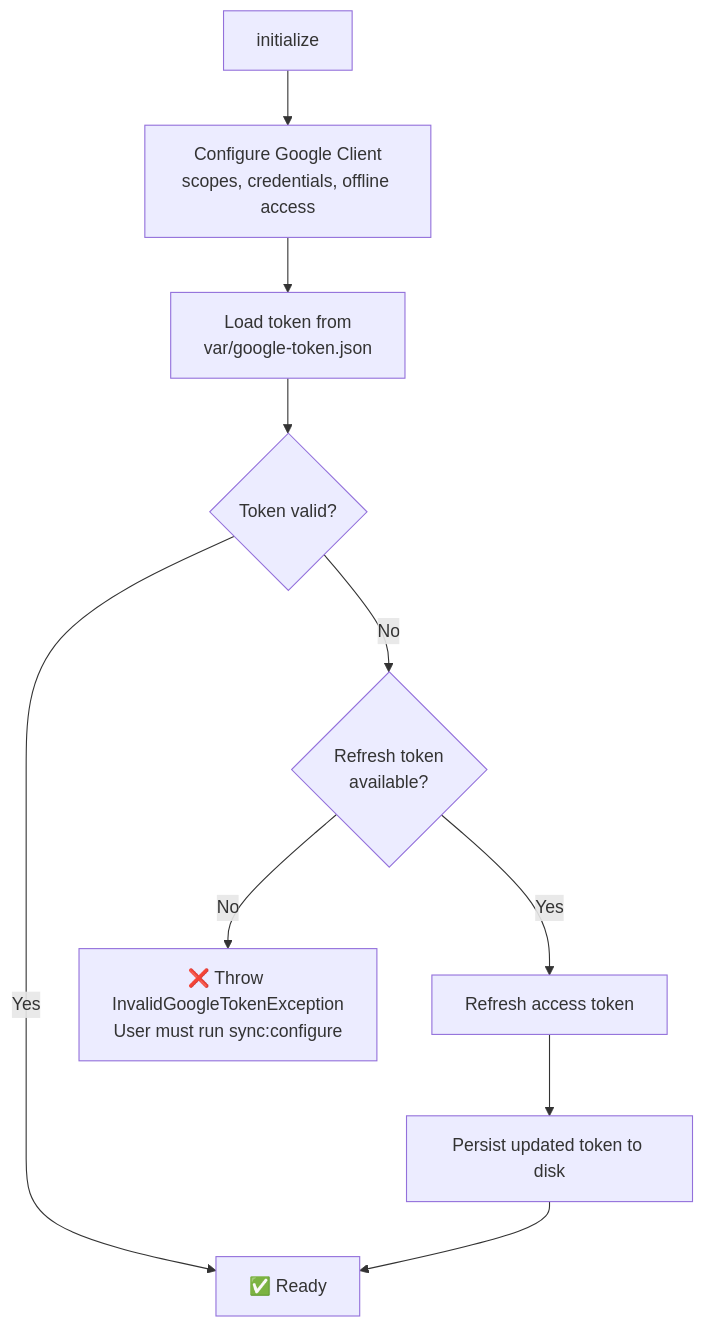
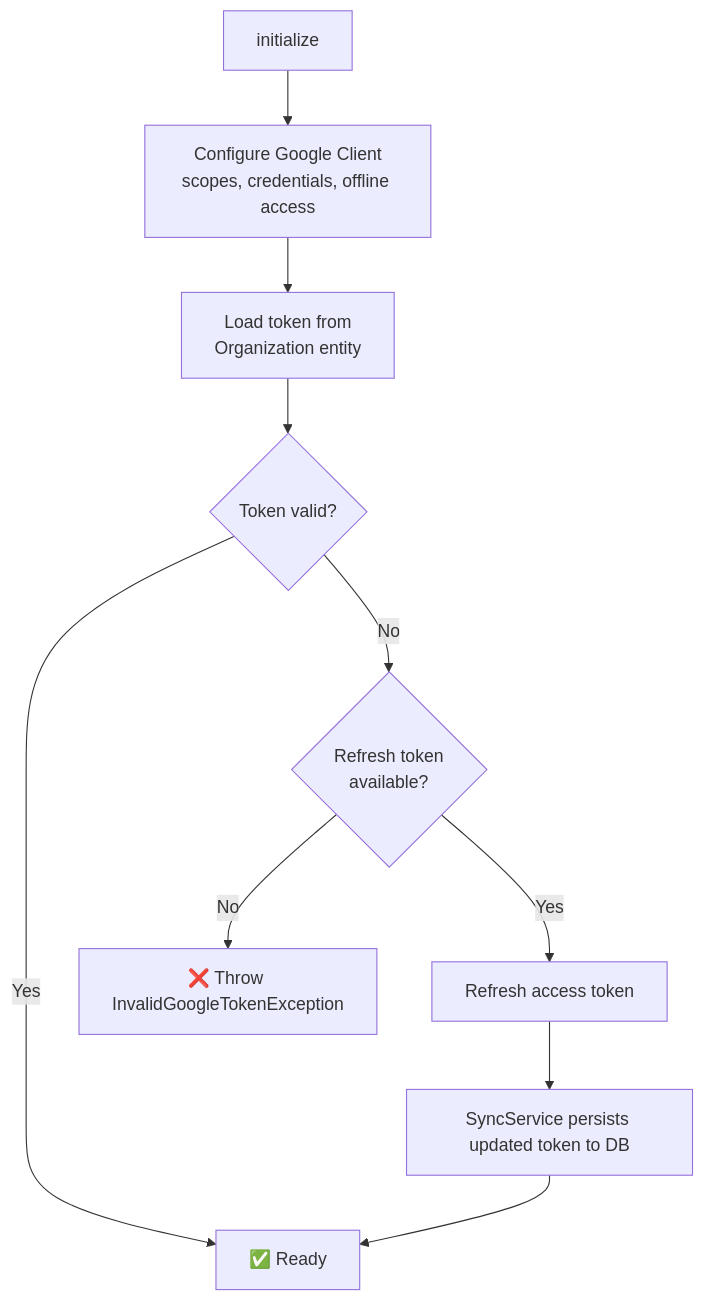
One commit to nrutman/contacts-sync-web changed the diagram in src/Client/Google/README.md. Above: the diagram before and after it, drawn with Mermaid. The commit also changed other lines of this file and 14 other files, not shown here.

````diff
--- a/src/Client/Google/README.md
+++ b/src/Client/Google/README.md
@@ -9,12 +9,12 @@
 ```mermaid
 flowchart TD
     A[initialize] --> B["Configure Google Client<br/>scopes, credentials, offline access"]
-    B --> C["Load token from<br/>var/google-token.json"]
+    B --> C["Load token from<br/>Organization entity"]
     C --> D{Token valid?}
     D -- Yes --> E[✅ Ready]
     D -- No --> F{"Refresh token<br/>available?"}
     F -- Yes --> G[Refresh access token]
-    G --> H[Persist updated token to disk]
+    G --> H[SyncService persists updated token to DB]
     H --> E
-    F -- No --> I["❌ Throw InvalidGoogleTokenException<br/>User must run sync:configure"]
+    F -- No --> I["❌ Throw InvalidGoogleTokenException"]
 ```
````
